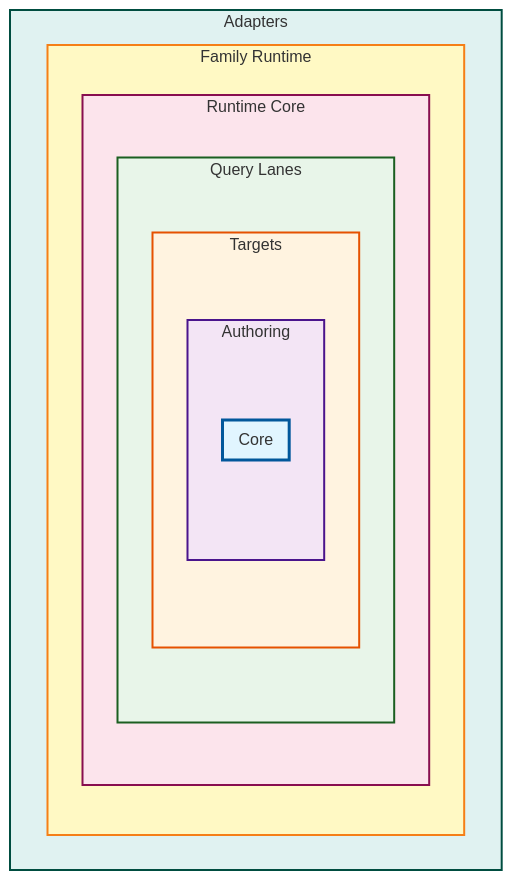
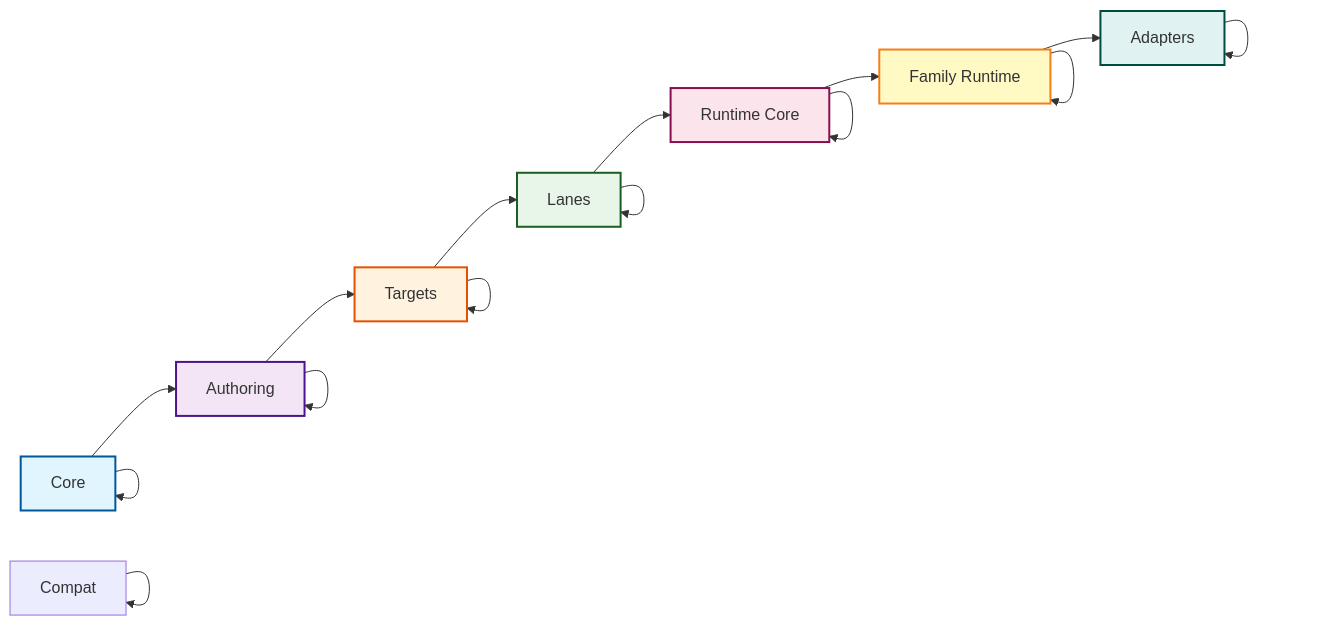
Before and after one commit to prisma/prisma-next: the diagram in docs/architecture docs/Package-Layering.md, drawn with Mermaid. The commit also changed other lines of this file and 23 other files, not shown here.

Commit message:
Update package layer/arch docs, implement architecture.config.json

````diff
--- a/docs/architecture docs/Package-Layering.md
+++ b/docs/architecture docs/Package-Layering.md
@@ -24,25 +83,27 @@
 ```mermaid
-graph TB
-    subgraph Adapters["Adapters"]
-        subgraph FamilyRuntime["Family Runtime"]
-            subgraph RuntimeCore["Runtime Core"]
-                subgraph Lanes["Query Lanes"]
-                    subgraph Targets["Targets"]
-                        subgraph Authoring["Authoring"]
-                            subgraph Core["Core"]
-                            end
-                        end
-                    end
-                end
-            end
-        end
-    end
+graph LR
+  Core[Core] --> Authoring
+  Authoring --> Targets
+  Targets --> Lanes
+  Lanes --> RuntimeCore[Runtime Core]
+  RuntimeCore --> FamilyRuntime[Family Runtime]
+  FamilyRuntime --> Adapters
 
-    style Core fill:#e1f5ff,stroke:#01579b,stroke-width:3px
-    style Authoring fill:#f3e5f5,stroke:#4a148c,stroke-width:2px
-    style Targets fill:#fff3e0,stroke:#e65100,stroke-width:2px
-    style Lanes fill:#e8f5e9,stroke:#1b5e20,stroke-width:2px
-    style RuntimeCore fill:#fce4ec,stroke:#880e4f,stroke-width:2px
-    style FamilyRuntime fill:#fff9c4,stroke:#f57f17,stroke-width:2px
-    style Adapters fill:#e0f2f1,stroke:#004d40,stroke-width:2px
+  %% lateral relationships (same ring) shown as loops
+  Core --> Core
+  Authoring --> Authoring
+  Targets --> Targets
+  Lanes --> Lanes
+  RuntimeCore --> RuntimeCore
+  FamilyRuntime --> FamilyRuntime
+  Adapters --> Adapters
+  Compat --> Compat
+
+  style Core fill:#e1f5ff,stroke:#01579b,stroke-width:2px
+  style Authoring fill:#f3e5f5,stroke:#4a148c,stroke-width:2px
+  style Targets fill:#fff3e0,stroke:#e65100,stroke-width:2px
+  style Lanes fill:#e8f5e9,stroke:#1b5e20,stroke-width:2px
+  style RuntimeCore fill:#fce4ec,stroke:#880e4f,stroke-width:2px
+  style FamilyRuntime fill:#fff9c4,stroke:#f57f17,stroke-width:2px
+  style Adapters fill:#e0f2f1,stroke:#004d40,stroke-width:2px
 ```
````
